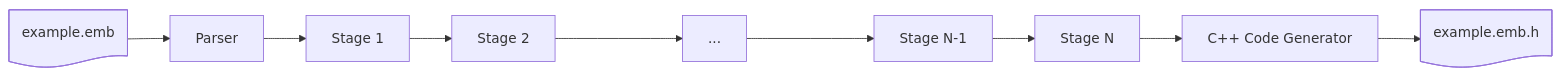
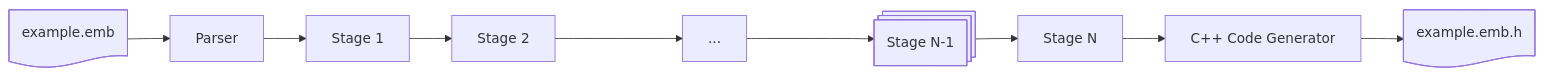
The fourth of 5 diagrams in doc/design.md (reventlov/emboss), drawn with Mermaid before and after one commit.

````diff
--- a/doc/design.md
+++ b/doc/design.md
@@ -166,21 +166,21 @@
 ```mermaid
 %%{init: {"flowchart": {"htmlLabels": false}} }%%
 graph LR
     diskstart@{ shape: doc, label: "example.emb" }
     parser["Parser"]
     stage1@{ shape: proc, label: "Stage 1" }
     stage2@{ shape: proc, label: "Stage 2" }
     stages@{ shape: proc, label: "..." }
-    stagenm1@{ shape: proc, label: "Stage N-1" }
+    stagenm1@{ shape: procs, label: "Stage N-1" }
     stagen@{ shape: proc, label: "Stage N" }
     backend["C++ Code Generator"]
     diskend@{ shape: doc, label: "example.emb.h" }
     diskstart-->parser
     parser-->stage1
     stage1-->stage2
     stage2---->stages
     stages---->stagenm1
     stagenm1-->stagen
     stagen-->backend
     backend-->diskend
 ```
````
